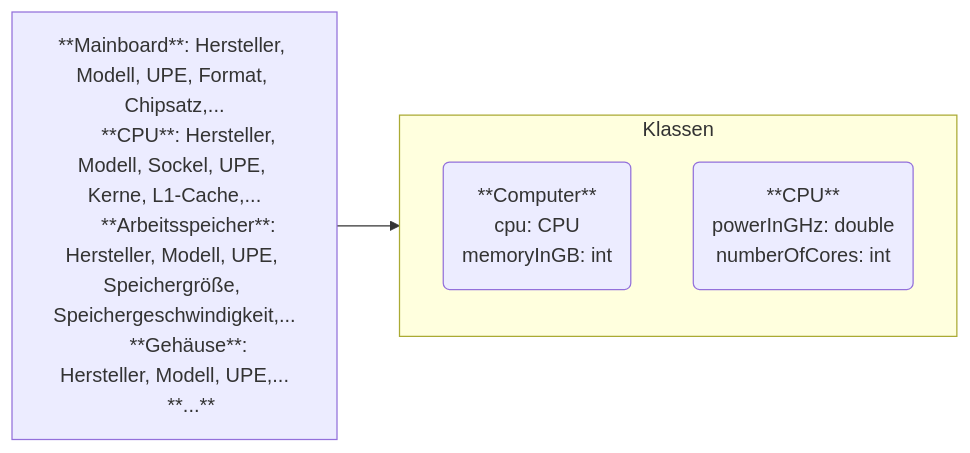
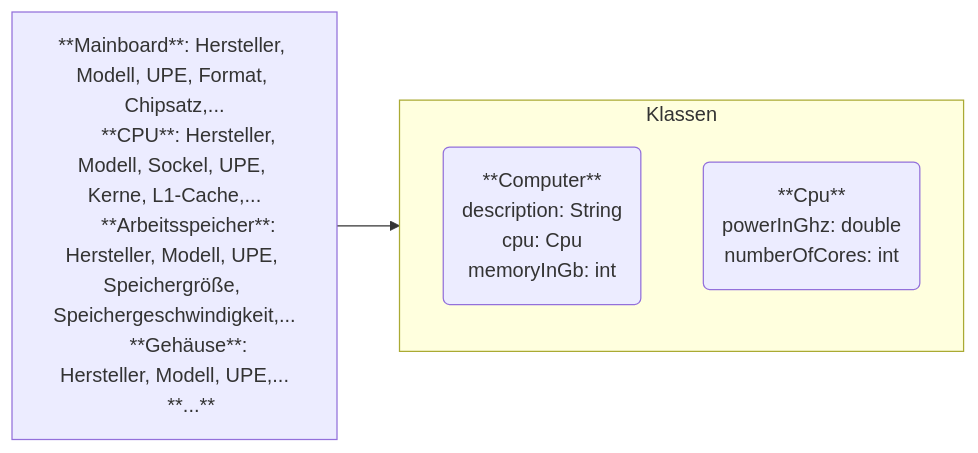
Before and after one commit to jappuccini/java-docs: the second of 2 diagrams in docs/documentation/oo.md, drawn with Mermaid. The commit also changed 64 other files, not shown here.

````diff
--- a/docs/documentation/oo.md
+++ b/docs/documentation/oo.md
@@ -57,17 +57,18 @@
 ```mermaid
 flowchart LR
     a[**Mainboard**: Hersteller, Modell, UPE, Format, Chipsatz,...
       **CPU**: Hersteller, Modell, Sockel, UPE, Kerne, L1-Cache,...
       **Arbeitsspeicher**: Hersteller, Modell, UPE, Speichergröße, Speichergeschwindigkeit,...
       **Gehäuse**: Hersteller, Modell, UPE,...
       **...**]
     subgraph Klassen
         computer(**Computer**
-                 cpu: CPU
-                 memoryInGB: int)
-        cpu(**CPU**
-            powerInGHz: double
+                 description: String
+                 cpu: Cpu
+                 memoryInGb: int)
+        cpu(**Cpu**
+            powerInGhz: double
             numberOfCores: int)
     end
     a --> Klassen
 ```
````
